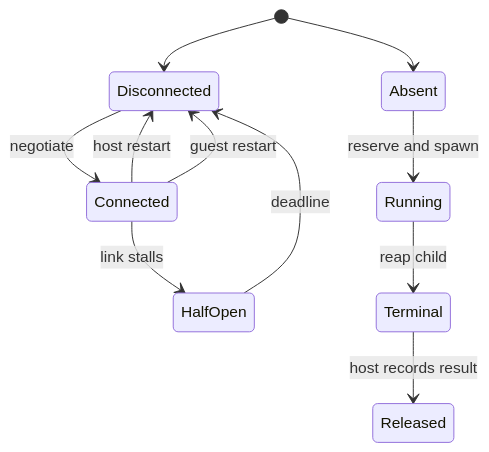
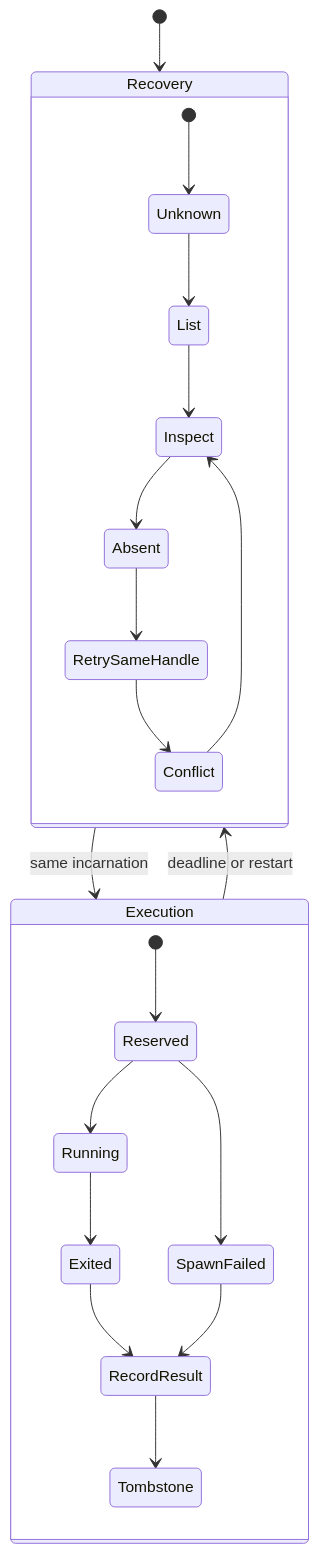
The diagram in packages/hack-vm-protocol/model/guest-agent.mmd (hack-dance/hack), drawn with Mermaid before and after one commit. The commit also changed 19 other files, not shown here.

```diff
--- a/packages/hack-vm-protocol/model/guest-agent.mmd
+++ b/packages/hack-vm-protocol/model/guest-agent.mmd
@@ -1,11 +1,22 @@
 stateDiagram-v2
-    [*] --> Disconnected
-    Disconnected --> Connected: negotiate
-    Connected --> HalfOpen: link stalls
-    HalfOpen --> Disconnected: deadline
-    Connected --> Disconnected: host restart
-    Connected --> Disconnected: guest restart
-        [*] --> Absent
-        Absent --> Running: reserve and spawn
-        Running --> Terminal: reap child
-        Terminal --> Released: host records result
+    [*] --> Recovery
+    state Recovery {
+        [*] --> Unknown
+        Unknown --> List
+        List --> Inspect
+        Inspect --> Absent
+        Absent --> RetrySameHandle
+        RetrySameHandle --> Conflict
+        Conflict --> Inspect
+    }
+    Recovery --> Execution: same incarnation
+    Execution --> Recovery: deadline or restart
+    state Execution {
+        [*] --> Reserved
+        Reserved --> Running
+        Reserved --> SpawnFailed
+        Running --> Exited
+        Exited --> RecordResult
+        SpawnFailed --> RecordResult
+        RecordResult --> Tombstone
+    }
```
